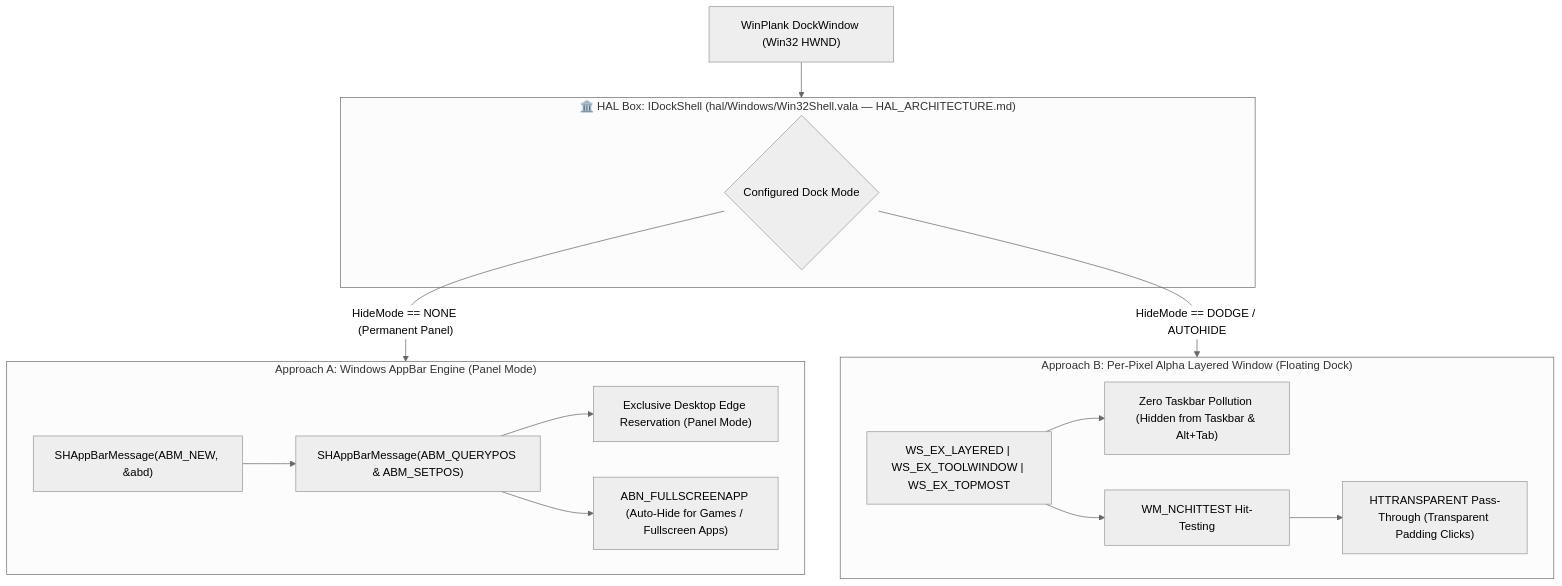
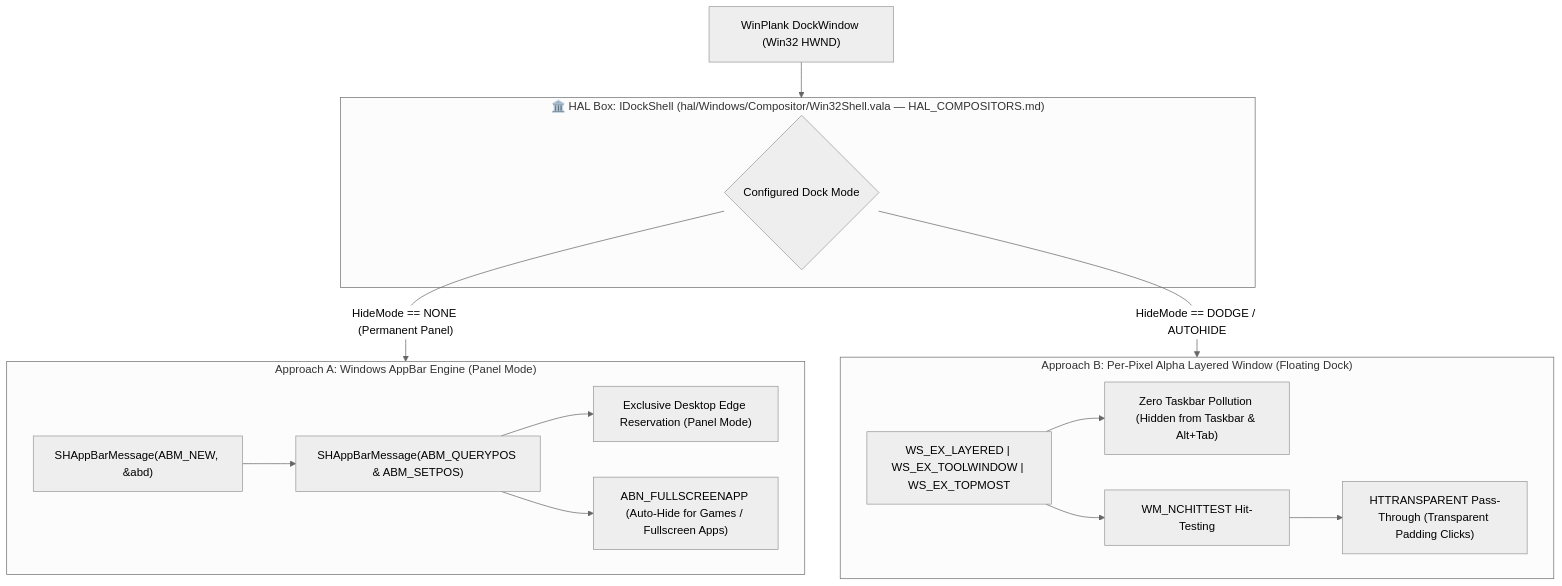
One commit to sergiomelas/WayPlank changed the fourth of 7 diagrams in Documentation/WINPLANK_PORT_BATTLE_PLAN.md. Above: the diagram before and after it, drawn with Mermaid (neutral theme). The commit also changed other lines of this file and 76 other files, not shown here.

````diff
--- a/Documentation/WINPLANK_PORT_BATTLE_PLAN.md
+++ b/Documentation/WINPLANK_PORT_BATTLE_PLAN.md
@@ -218,23 +213,23 @@
 ```mermaid
 flowchart TD
     DOCK["WinPlank DockWindow (Win32 HWND)"] --> HAL_SHELL
 
-    subgraph HAL_SHELL ["🏛️ HAL Box: IDockShell (hal/Windows/Win32Shell.vala — HAL_ARCHITECTURE.md)"]
+    subgraph HAL_SHELL ["🏛️ HAL Box: IDockShell (hal/Windows/Compositor/Win32Shell.vala — HAL_COMPOSITORS.md)"]
         MODE{"Configured Dock Mode"}
     end
 
     subgraph APPBAR_PIPELINE ["Approach A: Windows AppBar Engine (Panel Mode)"]
         AB1["SHAppBarMessage(ABM_NEW, &abd)"] --> AB2["SHAppBarMessage(ABM_QUERYPOS & ABM_SETPOS)"]
         AB2 --> AB3["Exclusive Desktop Edge Reservation (Panel Mode)"]
         AB2 --> AB4["ABN_FULLSCREENAPP (Auto-Hide for Games / Fullscreen Apps)"]
     end
 
     subgraph LAYERED_PIPELINE ["Approach B: Per-Pixel Alpha Layered Window (Floating Dock)"]
         LW1["WS_EX_LAYERED | WS_EX_TOOLWINDOW | WS_EX_TOPMOST"] --> LW2["Zero Taskbar Pollution (Hidden from Taskbar & Alt+Tab)"]
         LW1 --> LW3["WM_NCHITTEST Hit-Testing"]
         LW3 --> LW4["HTTRANSPARENT Pass-Through (Transparent Padding Clicks)"]
     end
 
     MODE -->|"HideMode == NONE (Permanent Panel)"| APPBAR_PIPELINE
     MODE -->|"HideMode == DODGE / AUTOHIDE"| LAYERED_PIPELINE
 ```
````
